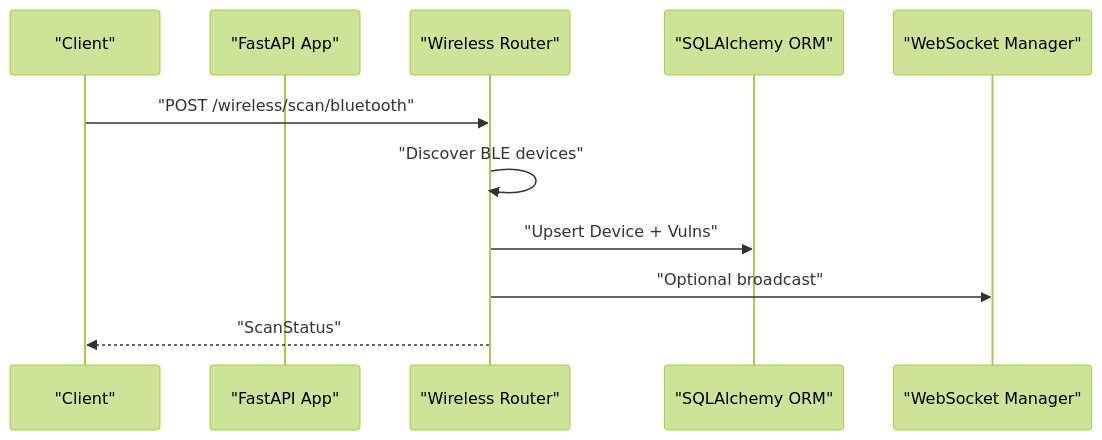
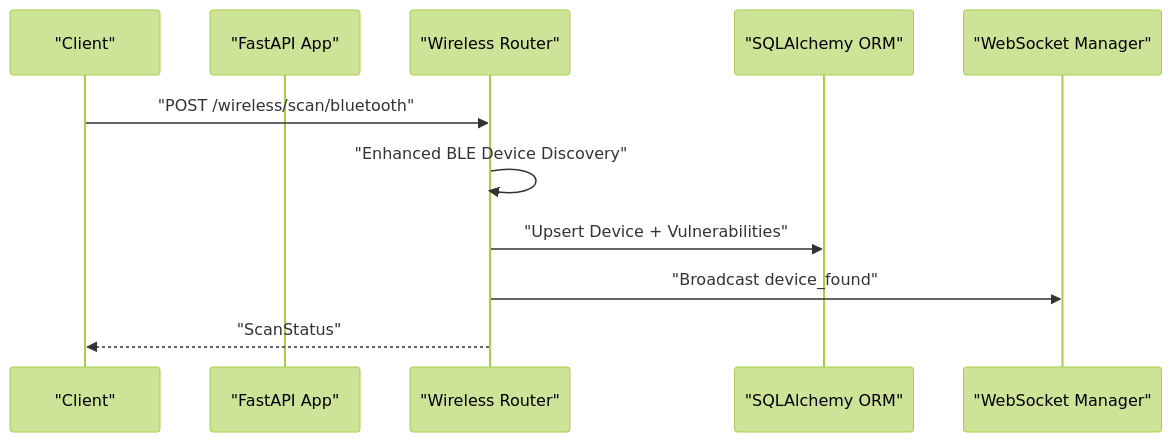
The fourth of 9 diagrams in .qoder/repowiki/en/content/API Reference/API Reference.md (MohandWaleed3/PentexOne), drawn with Mermaid (forest theme) before and after one commit. The commit also changed other lines of this file and 16 other files, not shown here.

````diff
--- a/.qoder/repowiki/en/content/API Reference/API Reference.md
+++ b/.qoder/repowiki/en/content/API Reference/API Reference.md
@@ -234,13 +254,13 @@
 ```mermaid
 sequenceDiagram
 participant Client as "Client"
 participant API as "FastAPI App"
 participant Router as "Wireless Router"
 participant DB as "SQLAlchemy ORM"
 participant WS as "WebSocket Manager"
 Client->>Router : "POST /wireless/scan/bluetooth"
-Router->>Router : "Discover BLE devices"
-Router->>DB : "Upsert Device + Vulns"
-Router->>WS : "Optional broadcast"
+Router->>Router : "Enhanced BLE Device Discovery"
+Router->>DB : "Upsert Device + Vulnerabilities"
+Router->>WS : "Broadcast device_found"
 Router-->>Client : "ScanStatus"
 ```
````
